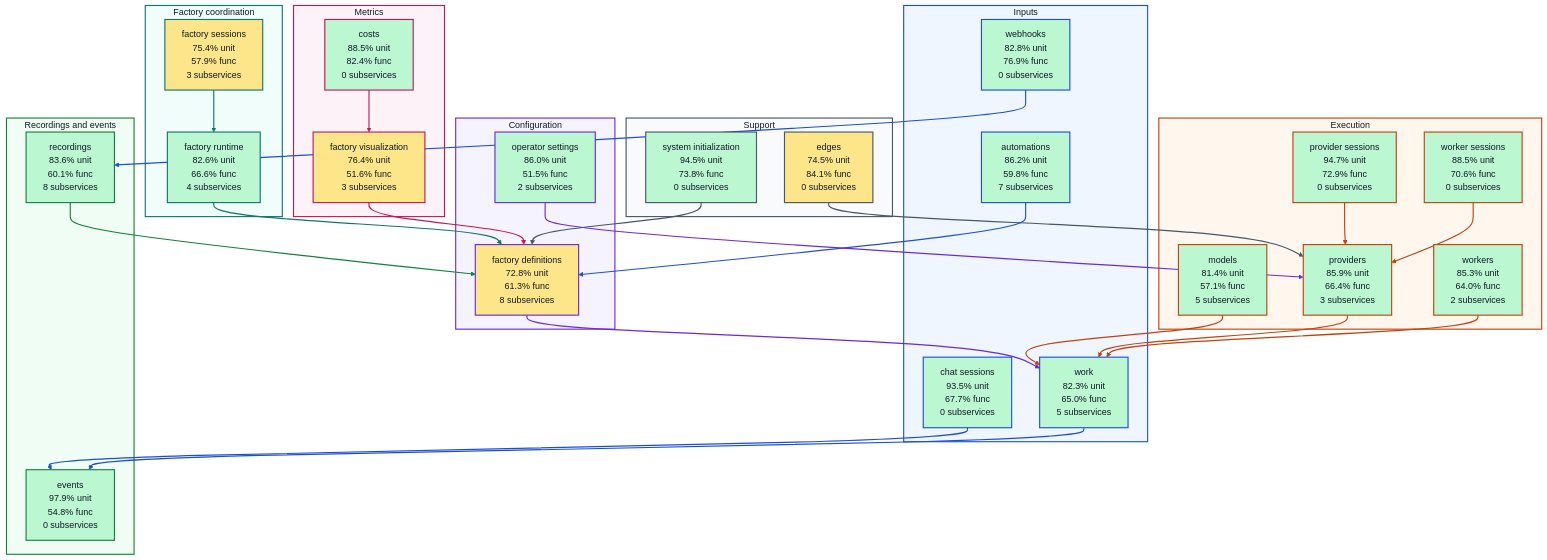
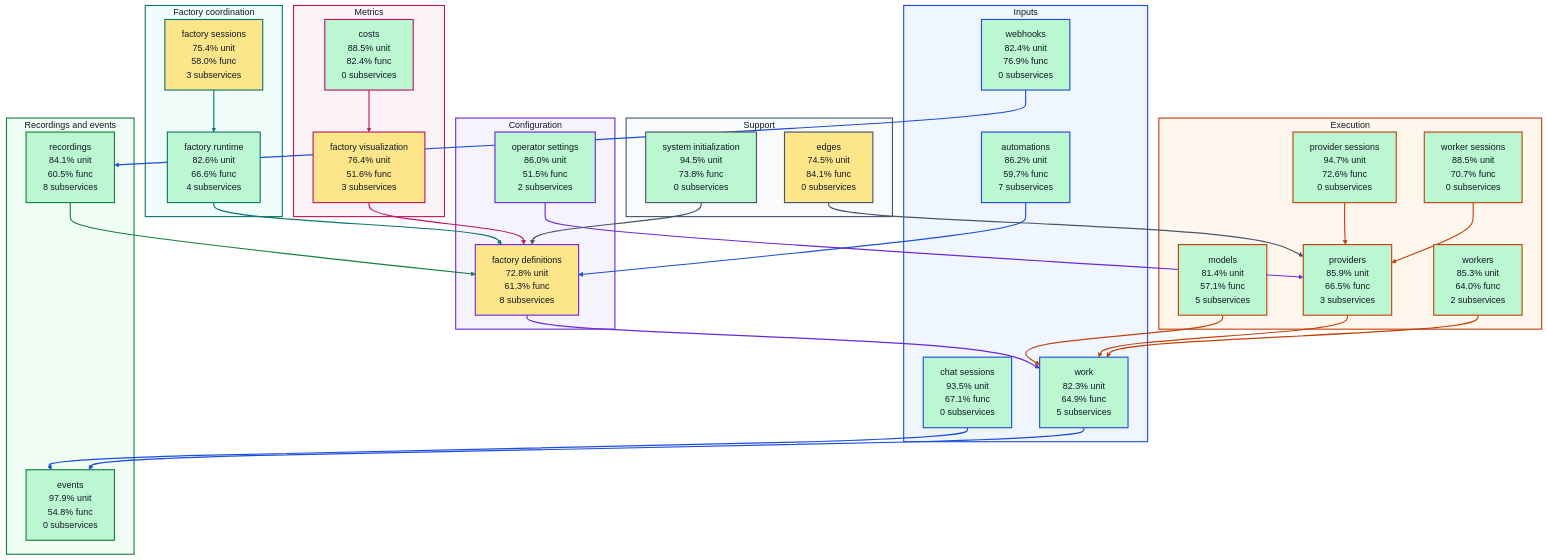
Before and after one commit to portpowered/you-agent-factory: the diagram in docs/architecture/visualizations/high-level-test-coverage.md, drawn with Mermaid (base theme). The commit also changed other lines of this file and 20 other files, not shown here.

Commit message:
docs: refresh backend architecture visualizations

````diff
--- a/docs/architecture/visualizations/high-level-test-coverage.md
+++ b/docs/architecture/visualizations/high-level-test-coverage.md
@@ -11,10 +11,10 @@
 ```mermaid
 flowchart TB
   subgraph input["Inputs"]
-    s_services_automations["automations<br/>86.2% unit<br/>59.8% func<br/>7 subservices"]
-    s_services_chat_sessions["chat sessions<br/>93.5% unit<br/>67.7% func<br/>0 subservices"]
-    s_services_webhooks["webhooks<br/>82.8% unit<br/>76.9% func<br/>0 subservices"]
-    s_services_work["work<br/>82.3% unit<br/>65.0% func<br/>5 subservices"]
+    s_services_automations["automations<br/>86.2% unit<br/>59.7% func<br/>7 subservices"]
+    s_services_chat_sessions["chat sessions<br/>93.5% unit<br/>67.1% func<br/>0 subservices"]
+    s_services_webhooks["webhooks<br/>82.4% unit<br/>76.9% func<br/>0 subservices"]
+    s_services_work["work<br/>82.3% unit<br/>64.9% func<br/>5 subservices"]
   end
   subgraph configuration["Configuration"]
     s_services_factory_definitions["factory definitions<br/>72.8% unit<br/>61.3% func<br/>8 subservices"]
@@ -22,18 +22,18 @@
   end
   subgraph coordination["Factory coordination"]
     s_services_factory_runtime["factory runtime<br/>82.6% unit<br/>66.6% func<br/>4 subservices"]
-    s_services_factory_sessions["factory sessions<br/>75.4% unit<br/>57.9% func<br/>3 subservices"]
+    s_services_factory_sessions["factory sessions<br/>75.4% unit<br/>58.0% func<br/>3 subservices"]
   end
   subgraph execution["Execution"]
     s_services_models["models<br/>81.4% unit<br/>57.1% func<br/>5 subservices"]
-    s_services_provider_sessions["provider sessions<br/>94.7% unit<br/>72.9% func<br/>0 subservices"]
-    s_services_providers["providers<br/>85.9% unit<br/>66.4% func<br/>3 subservices"]
-    s_services_worker_sessions["worker sessions<br/>88.5% unit<br/>70.6% func<br/>0 subservices"]
+    s_services_provider_sessions["provider sessions<br/>94.7% unit<br/>72.6% func<br/>0 subservices"]
+    s_services_providers["providers<br/>85.9% unit<br/>66.5% func<br/>3 subservices"]
+    s_services_worker_sessions["worker sessions<br/>88.5% unit<br/>70.7% func<br/>0 subservices"]
     s_services_workers["workers<br/>85.3% unit<br/>64.0% func<br/>2 subservices"]
   end
   subgraph recordings["Recordings and events"]
     s_services_events["events<br/>97.9% unit<br/>54.8% func<br/>0 subservices"]
-    s_services_recordings["recordings<br/>83.6% unit<br/>60.1% func<br/>8 subservices"]
+    s_services_recordings["recordings<br/>84.1% unit<br/>60.5% func<br/>8 subservices"]
   end
   subgraph metrics["Metrics"]
     s_services_costs["costs<br/>88.5% unit<br/>82.4% func<br/>0 subservices"]
````
